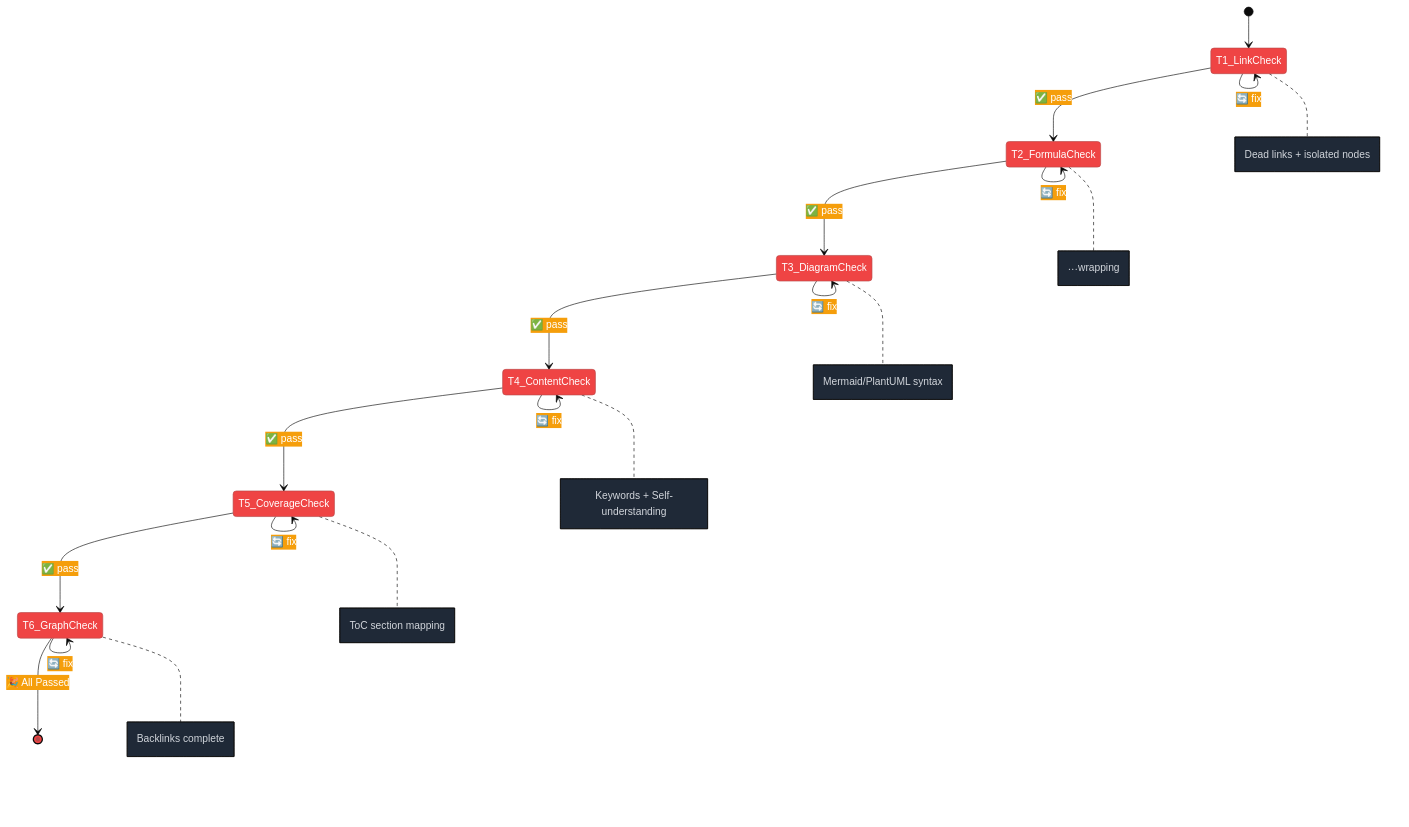
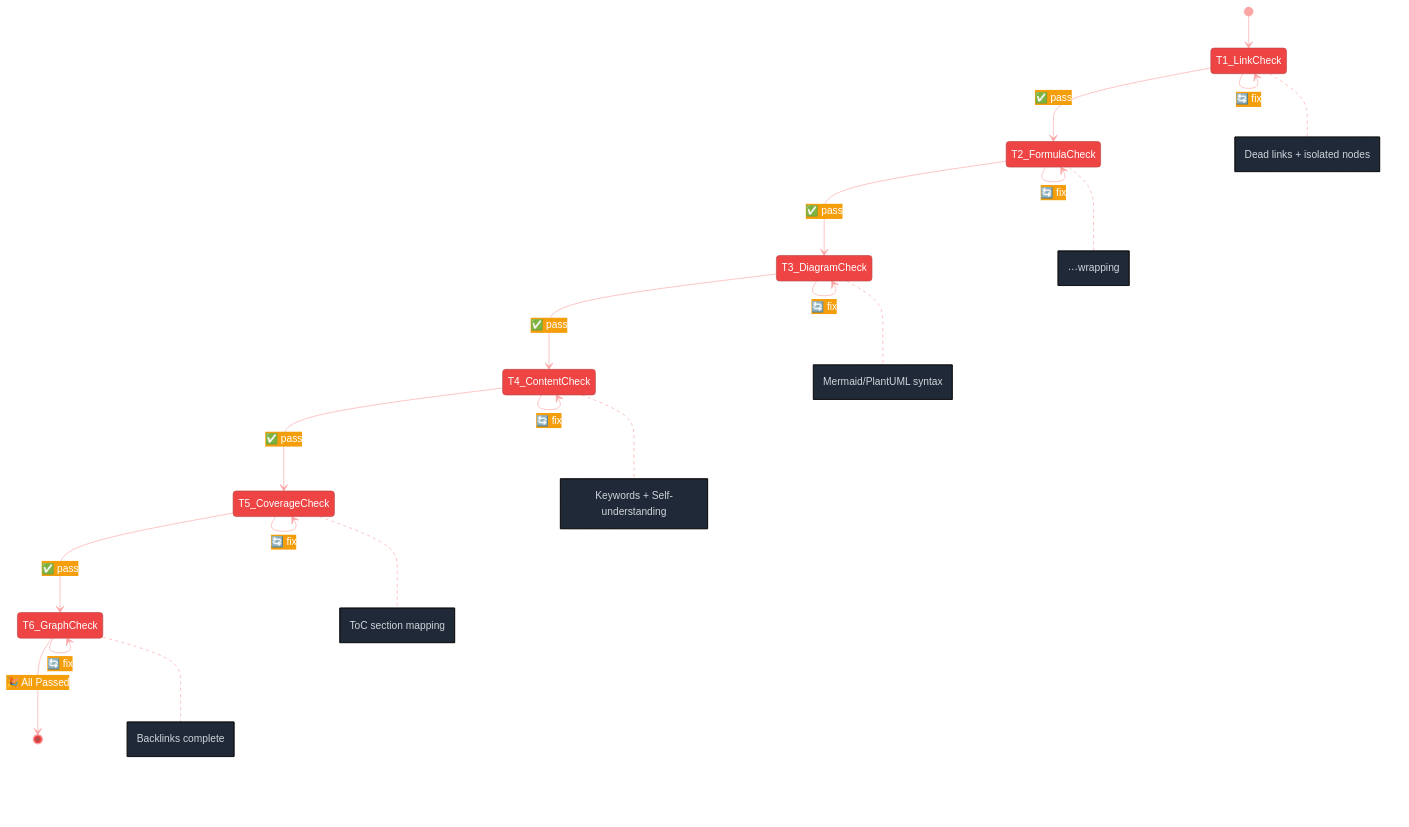
One commit to 3229218431/FeynFlow changed the sixth of 10 diagrams in README.md. Above: the diagram before and after it, drawn with Mermaid. The commit also changed 2 other files, not shown here.

Commit message:
Fix stateDiagram lineColor for dark mode readability. Expand Spanish README to match EN/CN. Add test tables + notes to EN stateDiagram.

````diff
--- a/README.md
+++ b/README.md
@@ -283,23 +283,23 @@
 ```mermaid
-%%{init: {'theme':'base','themeVariables': {'primaryColor': '#EF4444','primaryTextColor':'#fff','secondaryColor': '#F59E0B','noteBkgColor': '#1f2937','noteTextColor': '#d1d5db'}}}%%
+%%{init: {'theme':'base','themeVariables': {'primaryColor': '#EF4444','primaryTextColor':'#fff','lineColor':'#FCA5A5','secondaryColor': '#F59E0B','noteBkgColor': '#1f2937','noteTextColor': '#d1d5db'}}}%%
 stateDiagram-v2
     [*] --> T1_LinkCheck
     T1_LinkCheck --> T2_FormulaCheck: ✅ pass
     T1_LinkCheck --> T1_LinkCheck: 🔄 fix
     T2_FormulaCheck --> T3_DiagramCheck: ✅ pass
     T2_FormulaCheck --> T2_FormulaCheck: 🔄 fix
     T3_DiagramCheck --> T4_ContentCheck: ✅ pass
     T3_DiagramCheck --> T3_DiagramCheck: 🔄 fix
     T4_ContentCheck --> T5_CoverageCheck: ✅ pass
     T4_ContentCheck --> T4_ContentCheck: 🔄 fix
     T5_CoverageCheck --> T6_GraphCheck: ✅ pass
     T5_CoverageCheck --> T5_CoverageCheck: 🔄 fix
     T6_GraphCheck --> [*]: 🎉 All Passed
     T6_GraphCheck --> T6_GraphCheck: 🔄 fix
     note right of T1_LinkCheck: Dead links + isolated nodes
     note right of T2_FormulaCheck: $$...$$ wrapping
     note right of T3_DiagramCheck: Mermaid/PlantUML syntax
     note right of T4_ContentCheck: Keywords + Self-understanding
     note right of T5_CoverageCheck: ToC section mapping
     note right of T6_GraphCheck: Backlinks complete
 ```
````
